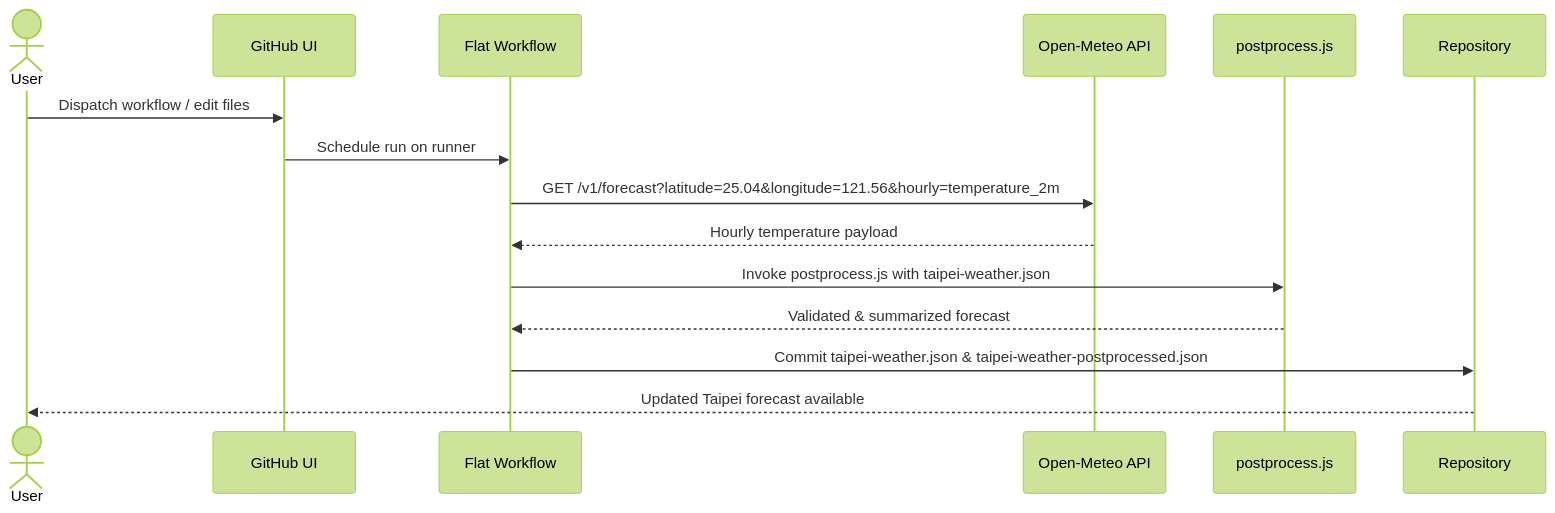
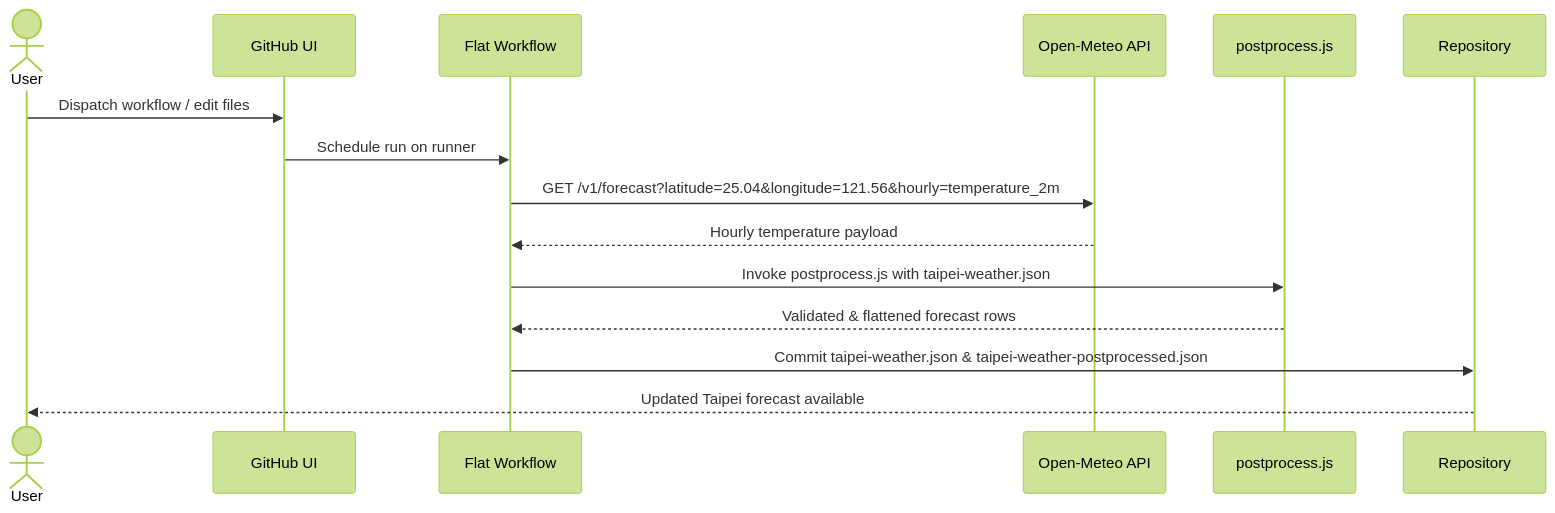
One commit to muyueh/flat-demo-bitcoin-price changed the third of 6 diagrams in README.md. Above: the diagram before and after it, drawn with Mermaid (forest theme). The commit also changed other lines of this file and 2 other files, not shown here.

Commit message:
Flatten hourly forecast rows

````diff
--- a/README.md
+++ b/README.md
@@ -30,18 +31,18 @@
 ```mermaid
 sequenceDiagram
   actor User
   participant GitHubUI as GitHub UI
   participant Workflow as Flat Workflow
   participant OpenMeteo as Open-Meteo API
   participant Script as postprocess.js
   participant Repo as Repository
 
   User->>GitHubUI: Dispatch workflow / edit files
   GitHubUI->>Workflow: Schedule run on runner
   Workflow->>OpenMeteo: GET /v1/forecast?latitude=25.04&longitude=121.56&hourly=temperature_2m
   OpenMeteo-->>Workflow: Hourly temperature payload
   Workflow->>Script: Invoke postprocess.js with taipei-weather.json
-  Script-->>Workflow: Validated & summarized forecast
+  Script-->>Workflow: Validated & flattened forecast rows
   Workflow->>Repo: Commit taipei-weather.json & taipei-weather-postprocessed.json
   Repo-->>User: Updated Taipei forecast available
 ```
````
